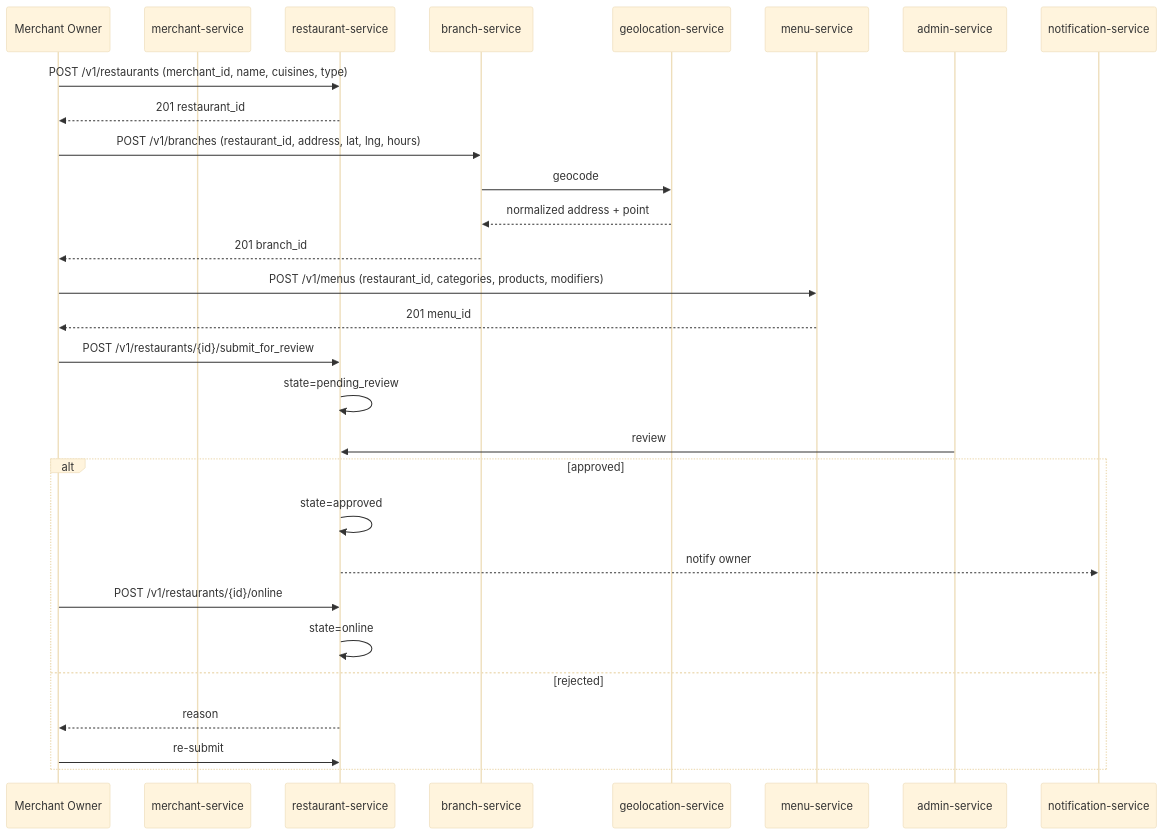
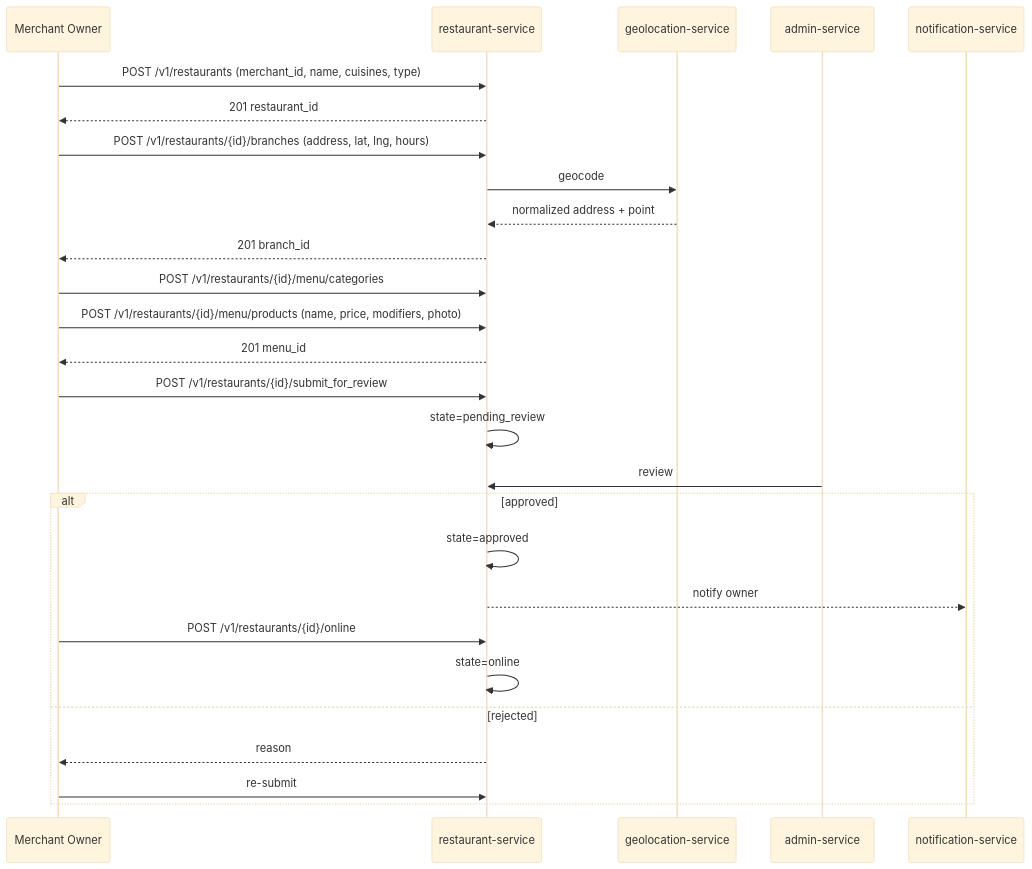
The third of 10 diagrams in docs/workflows/MERCHANT_WORKFLOWS.md (mohamedhabibwork/trips-enjoy-docs), drawn with Mermaid (base theme) before and after one commit. The commit also changed other lines of this file and 525 other files, not shown here.

````diff
--- a/docs/workflows/MERCHANT_WORKFLOWS.md
+++ b/docs/workflows/MERCHANT_WORKFLOWS.md
@@ -59,32 +61,30 @@
 ```mermaid
 sequenceDiagram
     participant OWN as Merchant Owner
-    participant MER as merchant-service
     participant RES as restaurant-service
-    participant BRH as branch-service
     participant GEO as geolocation-service
-    participant MN as menu-service
     participant ADM as admin-service
     participant NOT as notification-service
 
     OWN->>RES: POST /v1/restaurants (merchant_id, name, cuisines, type)
     RES-->>OWN: 201 restaurant_id
-    OWN->>BRH: POST /v1/branches (restaurant_id, address, lat, lng, hours)
-    BRH->>GEO: geocode
-    GEO-->>BRH: normalized address + point
-    BRH-->>OWN: 201 branch_id
-    OWN->>MN: POST /v1/menus (restaurant_id, categories, products, modifiers)
-    MN-->>OWN: 201 menu_id
+    OWN->>RES: POST /v1/restaurants/{id}/branches (address, lat, lng, hours)
+    RES->>GEO: geocode
+    GEO-->>RES: normalized address + point
+    RES-->>OWN: 201 branch_id
+    OWN->>RES: POST /v1/restaurants/{id}/menu/categories
+    OWN->>RES: POST /v1/restaurants/{id}/menu/products (name, price, modifiers, photo)
+    RES-->>OWN: 201 menu_id
     OWN->>RES: POST /v1/restaurants/{id}/submit_for_review
     RES->>RES: state=pending_review
     ADM->>RES: review
     alt approved
         RES->>RES: state=approved
         RES-->>NOT: notify owner
         OWN->>RES: POST /v1/restaurants/{id}/online
         RES->>RES: state=online
     else rejected
         RES-->>OWN: reason
         OWN->>RES: re-submit
     end
 ```
````
